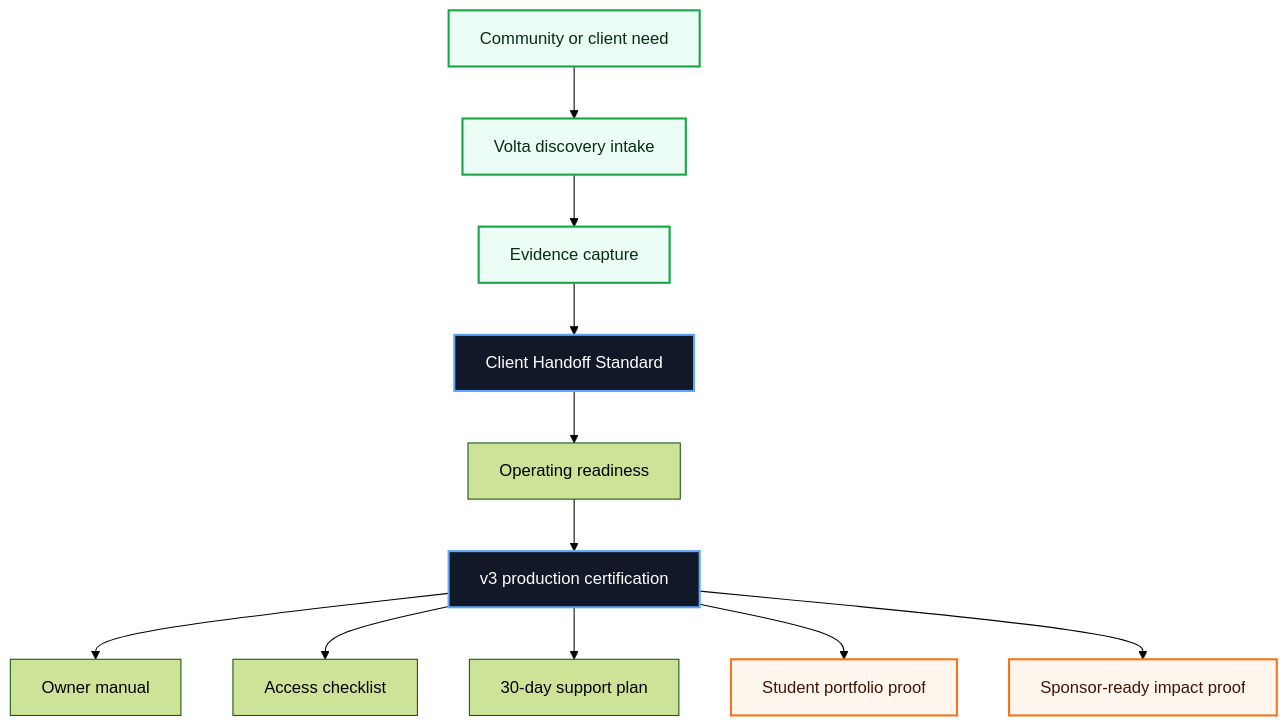
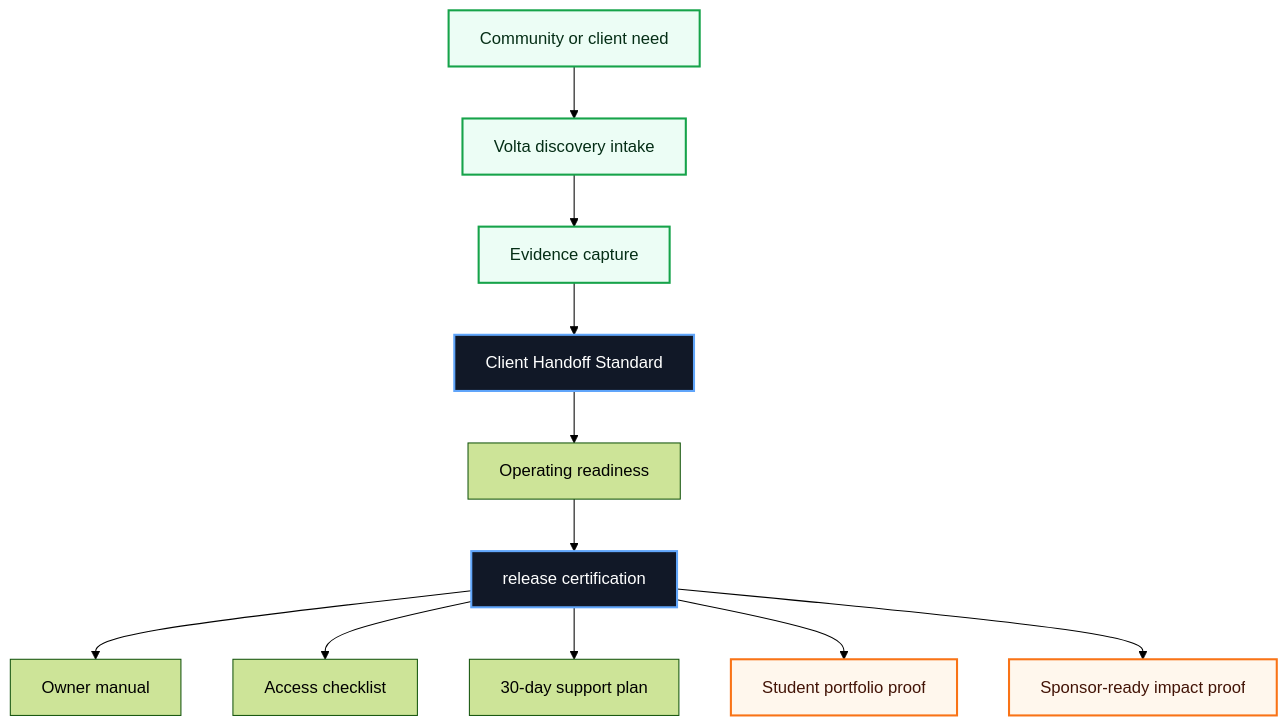
The first of 3 diagrams in README.md (volta-npo/client-handoff-standard), drawn with Mermaid (forest theme) before and after one commit. The commit also changed other lines of this file and 28 other files, not shown here.

````diff
--- a/README.md
+++ b/README.md
@@ -43,20 +43,20 @@
 ```mermaid
 flowchart TD
     Need["Community or client need"] --> Intake["Volta discovery intake"]
     Intake --> Evidence["Evidence capture"]
     Evidence --> Workbench["Client Handoff Standard"]
     Workbench --> Score["Operating readiness"]
-    Score --> Cert["v3 production certification"]
+    Score --> Cert["release certification"]
     Cert --> A1["Owner manual"]
     Cert --> A2["Access checklist"]
     Cert --> A3["30-day support plan"]
     Cert --> Student["Student portfolio proof"]
     Cert --> Sponsor["Sponsor-ready impact proof"]
 
     classDef volta fill:#111827,stroke:#60a5fa,color:#ffffff,stroke-width:2px;
     classDef equity fill:#ecfdf5,stroke:#16a34a,color:#052e16,stroke-width:2px;
     classDef proof fill:#fff7ed,stroke:#f97316,color:#431407,stroke-width:2px;
     class Workbench,Cert volta;
     class Need,Intake,Evidence equity;
     class Student,Sponsor proof;
 ```
````
